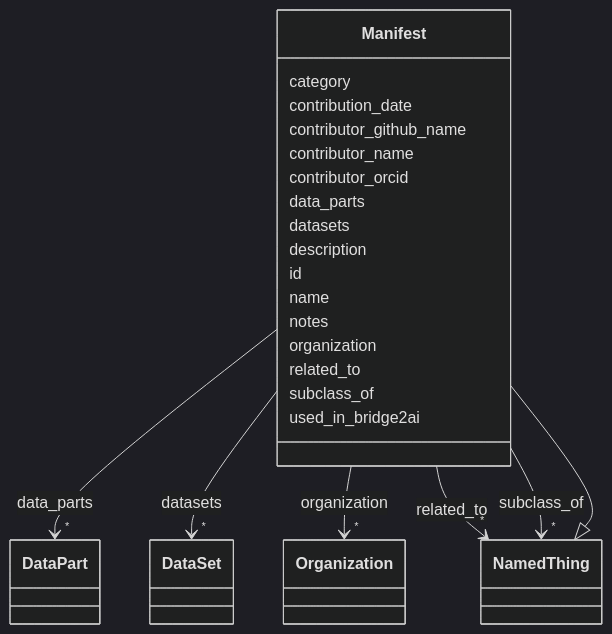
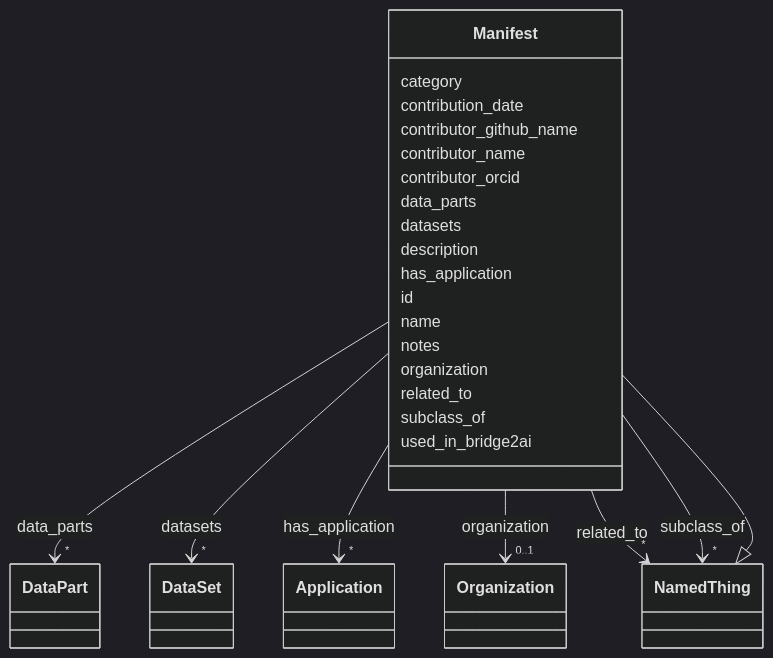
The diagram in docs/Manifest.md (bridge2ai/standards-schemas), drawn with Mermaid (dark theme) before and after one commit. The commit also changed other lines of this file and 54 other files, not shown here.

Commit message:
Update schema artifacts

```diff
--- a/docs/Manifest.md
+++ b/docs/Manifest.md
@@ -56,6 +56,17 @@
         
       Manifest : description
         
+      Manifest : has_application
+        
+          
+    
+        
+        
+        Manifest --> "*" Application : has_application
+        click Application href "../Application/"
+    
+
+        
       Manifest : id
         
       Manifest : name
@@ -68,7 +79,7 @@
     
         
         
-        Manifest --> "*" Organization : organization
+        Manifest --> "0..1" Organization : organization
         click Organization href "../Organization/"
     
 
```
